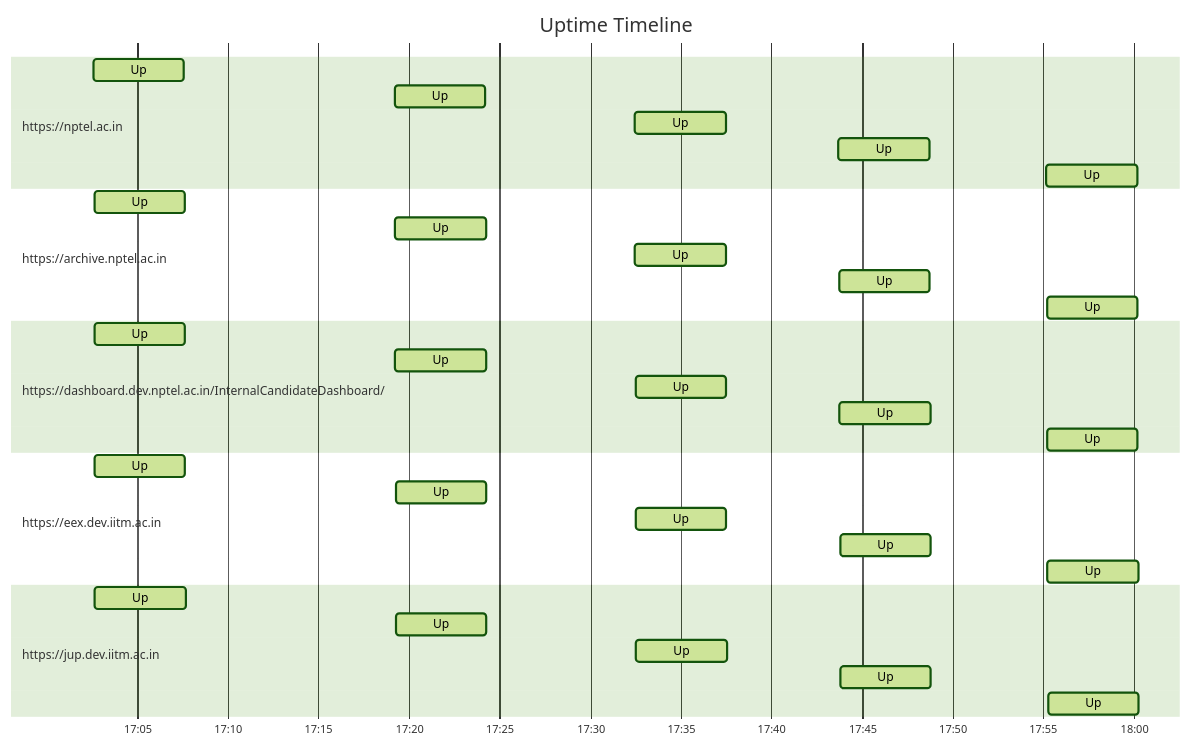
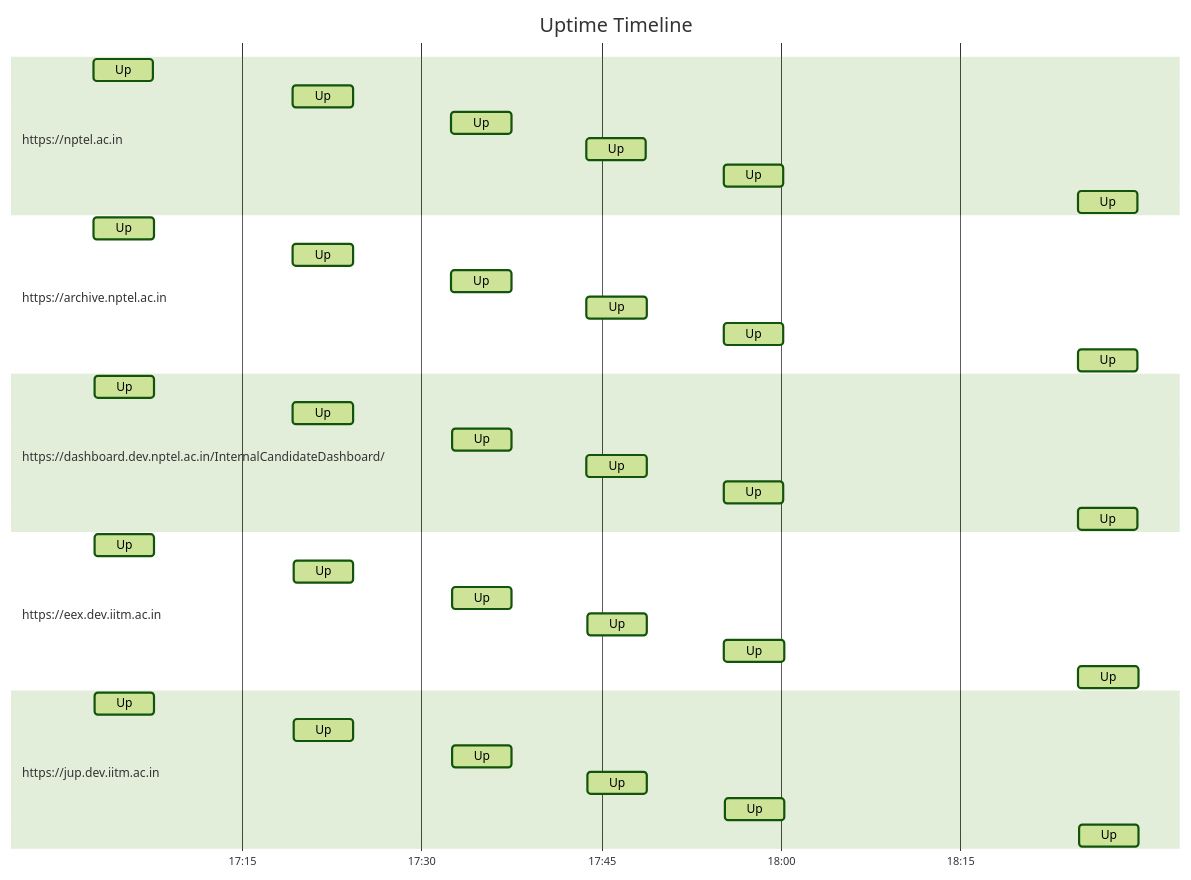
The diagram in results.md (nchandra75/monitor), drawn with Mermaid (forest theme) before and after one commit. The commit also changed other lines of this file and 1 other file, not shown here.

````diff
--- a/results.md
+++ b/results.md
@@ -21,36 +21,41 @@
 ```mermaid
 gantt
     title Uptime Timeline
     dateFormat YYYY-MM-DD HH:mm:ss
     axisFormat %H:%M
     section https://nptel.ac.in
         Up: active, 2024-09-13 17:02:35, 5m
         Up: active, 2024-09-13 17:19:13, 5m
         Up: active, 2024-09-13 17:32:28, 5m
         Up: active, 2024-09-13 17:43:43, 5m
         Up: active, 2024-09-13 17:55:11, 5m
+        Up: active, 2024-09-13 18:24:46, 5m
     section https://archive.nptel.ac.in
         Up: active, 2024-09-13 17:02:37, 5m
         Up: active, 2024-09-13 17:19:15, 5m
         Up: active, 2024-09-13 17:32:29, 5m
         Up: active, 2024-09-13 17:43:45, 5m
         Up: active, 2024-09-13 17:55:13, 5m
+        Up: active, 2024-09-13 18:24:47, 5m
     section https://dashboard.dev.nptel.ac.in/InternalCandidateDashboard/
         Up: active, 2024-09-13 17:02:38, 5m
         Up: active, 2024-09-13 17:19:15, 5m
         Up: active, 2024-09-13 17:32:30, 5m
         Up: active, 2024-09-13 17:43:46, 5m
         Up: active, 2024-09-13 17:55:13, 5m
+        Up: active, 2024-09-13 18:24:48, 5m
     section https://eex.dev.iitm.ac.in
         Up: active, 2024-09-13 17:02:39, 5m
         Up: active, 2024-09-13 17:19:16, 5m
         Up: active, 2024-09-13 17:32:31, 5m
         Up: active, 2024-09-13 17:43:47, 5m
         Up: active, 2024-09-13 17:55:15, 5m
+        Up: active, 2024-09-13 18:24:50, 5m
     section https://jup.dev.iitm.ac.in
         Up: active, 2024-09-13 17:02:40, 5m
         Up: active, 2024-09-13 17:19:17, 5m
         Up: active, 2024-09-13 17:32:32, 5m
         Up: active, 2024-09-13 17:43:48, 5m
         Up: active, 2024-09-13 17:55:16, 5m
+        Up: active, 2024-09-13 18:24:51, 5m
 ```
````
